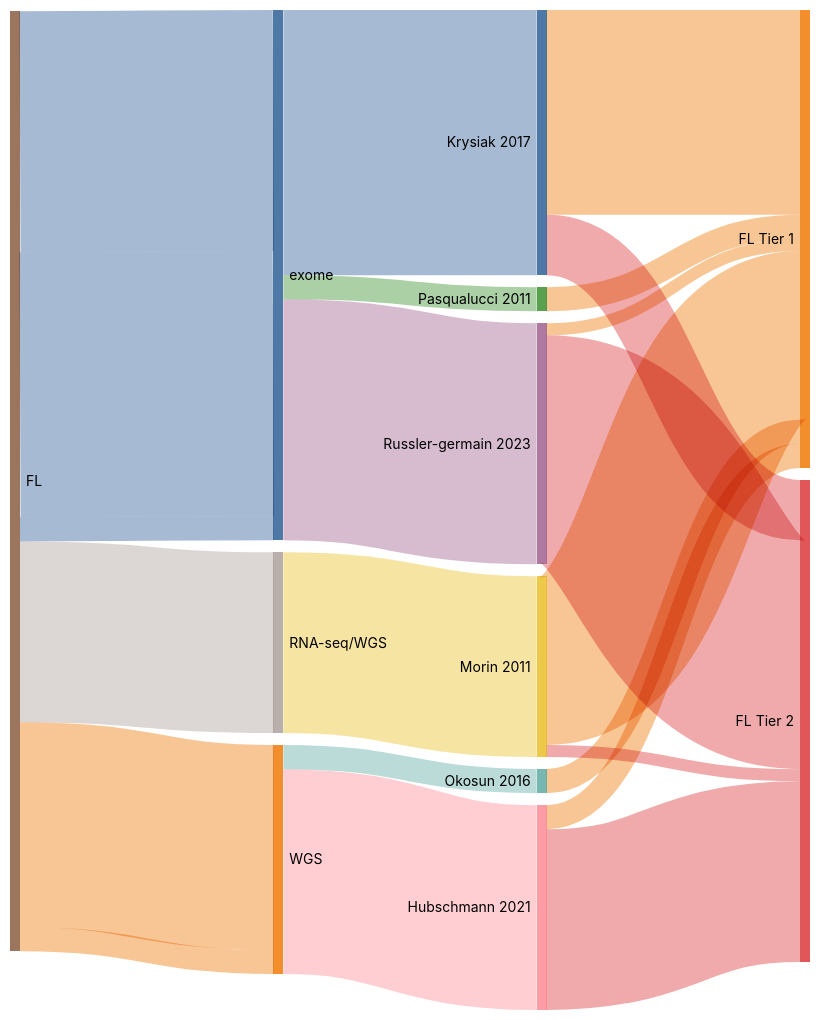
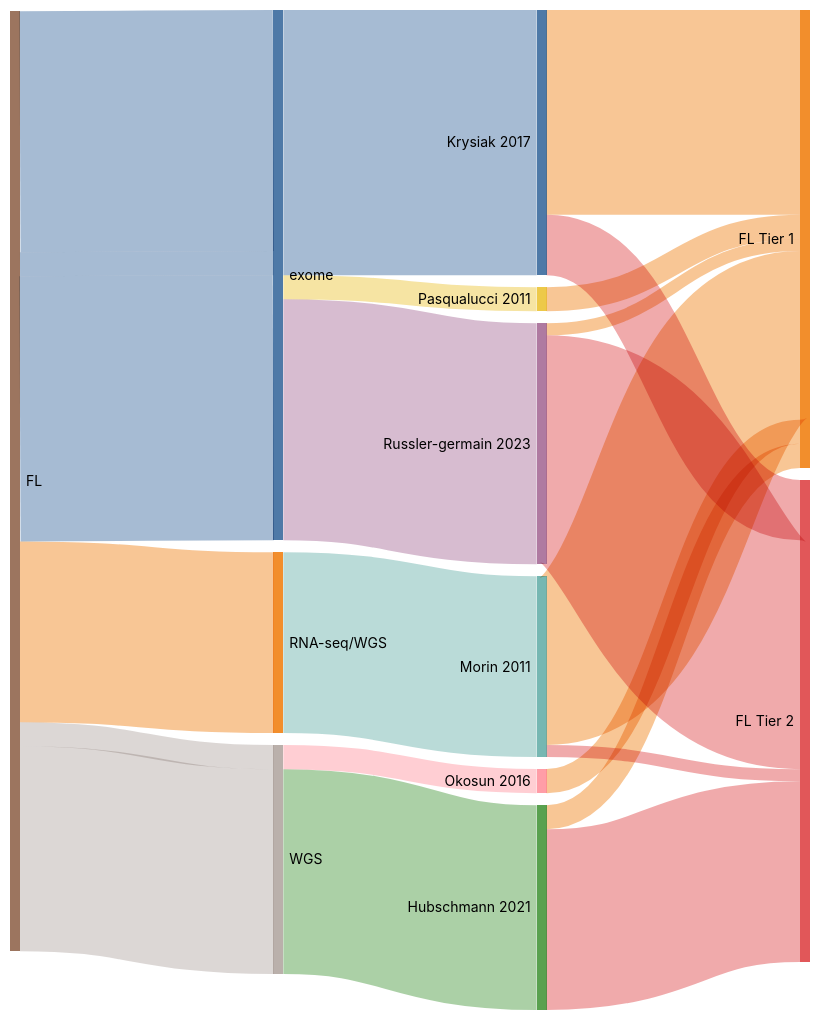
Before and after one commit to morinlab/lymphopedia: the diagram in FL_sankey.md, drawn with Mermaid (neutral theme). The commit also changed other lines of this file and 4 other files, not shown here.

````diff
--- a/FL_sankey.md
+++ b/FL_sankey.md
@@ -1,34 +1,34 @@
 ```mermaid
 ---
 config:
   sankey:
     showValues: false
     linkColor: target
     width: 800
     height: 1000
     nodeAlignment: right
 ---
 sankey-beta
 Krysiak 2017, FL Tier 1, 17
 Krysiak 2017, FL Tier 2, 5
-Okosun 2016, FL Tier 1, 2
-Pasqualucci 2011, FL Tier 1, 2
 Morin 2011, FL Tier 1, 14
 Morin 2011, FL Tier 2, 1
+Hubschmann 2021, FL Tier 1, 2
+Hubschmann 2021, FL Tier 2, 15
+Pasqualucci 2011, FL Tier 1, 2
 Russler-germain 2023, FL Tier 1, 1
 Russler-germain 2023, FL Tier 2, 19
-Hubschmann 2021, FL Tier 1, 2
-Hubschmann 2021, FL Tier 2, 15
+Okosun 2016, FL Tier 1, 2
+FL, WGS, 2
+WGS, Okosun 2016, 2
+FL, exome, 20
+exome, Russler-germain 2023, 20
+FL, exome, 2
+exome, Pasqualucci 2011, 2
+FL, WGS, 17
+WGS, Hubschmann 2021, 17
 FL, RNA-seq/WGS, 15
 RNA-seq/WGS, Morin 2011, 15
-FL, exome, 20
-exome, Russler-germain 2023, 20
-FL, WGS, 17
-WGS, Hubschmann 2021, 17
-FL, WGS, 2
-WGS, Okosun 2016, 2
 FL, exome, 22
 exome, Krysiak 2017, 22
-FL, exome, 2
-exome, Pasqualucci 2011, 2
 ```
````
